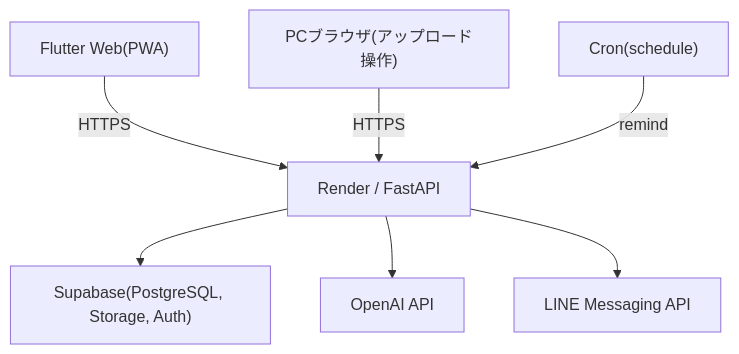
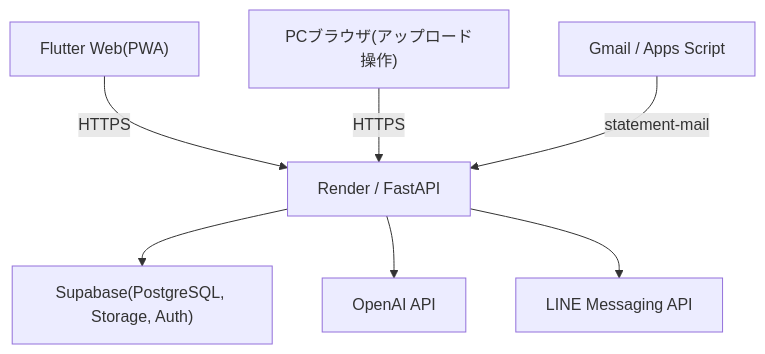
Before and after one commit to Sota-Nakajima0226/DetailManagement: the diagram in docs/requirements/requirements_definition.md, drawn with Mermaid. The commit also changed other lines of this file and 7 other files, not shown here.

````diff
--- a/docs/requirements/requirements_definition.md
+++ b/docs/requirements/requirements_definition.md
@@ -180,17 +181,17 @@
 ```mermaid
 flowchart TD
     clientPWA["Flutter Web(PWA)"]
     clientPC["PCブラウザ(アップロード操作)"]
     renderApi["Render / FastAPI"]
     supabaseDb["Supabase(PostgreSQL, Storage, Auth)"]
     openaiApi["OpenAI API"]
     lineApi["LINE Messaging API"]
-    cron["Cron(schedule)"]
+    gmail["Gmail / Apps Script"]
 
     clientPWA -->|"HTTPS"| renderApi
     clientPC -->|"HTTPS"| renderApi
-    cron -->|"remind"| renderApi
+    gmail -->|"statement-mail"| renderApi
     renderApi --> supabaseDb
     renderApi --> openaiApi
     renderApi --> lineApi
 ```
````
